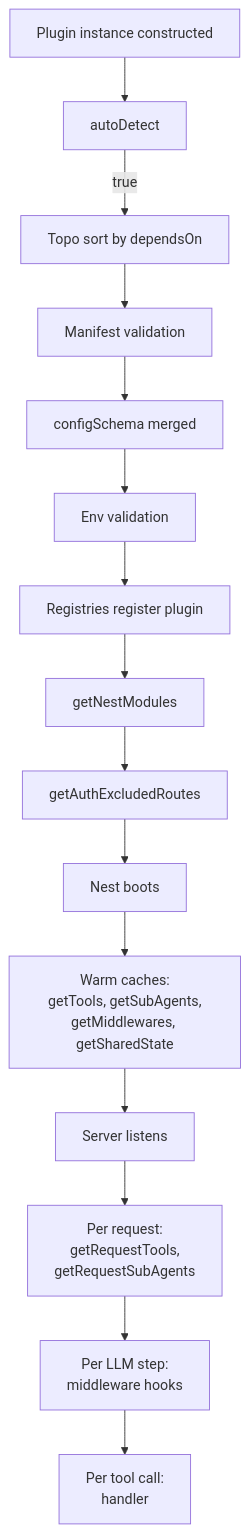
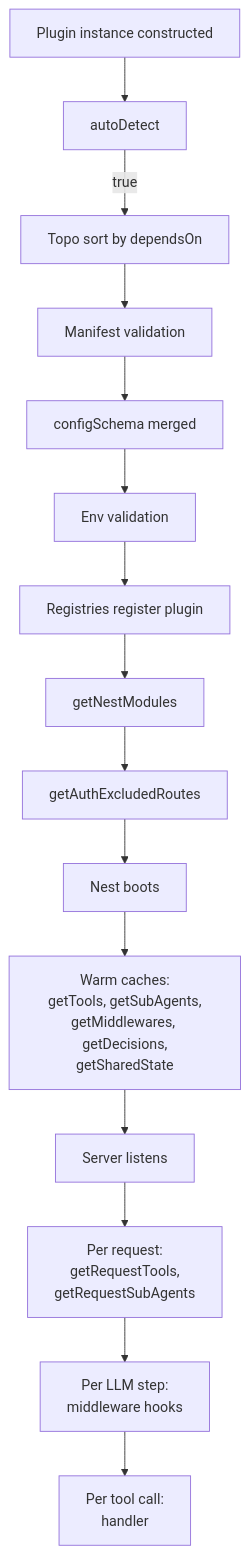
Before and after one commit to ixoworld/qiforge: the diagram in docs/architecture/plugin-lifecycle.md, drawn with Mermaid. The commit also changed other lines of this file and 106 other files, not shown here.

````diff
--- a/docs/architecture/plugin-lifecycle.md
+++ b/docs/architecture/plugin-lifecycle.md
@@ -76,18 +77,18 @@
 ```mermaid
 graph TD
     A[Plugin instance constructed] --> B[autoDetect]
     B -->|true| C[Topo sort by dependsOn]
     C --> D[Manifest validation]
     D --> E[configSchema merged]
     E --> F[Env validation]
     F --> G[Registries register plugin]
     G --> H[getNestModules]
     H --> I[getAuthExcludedRoutes]
     I --> J[Nest boots]
-    J --> K[Warm caches:<br/>getTools, getSubAgents,<br/>getMiddlewares, getSharedState]
+    J --> K[Warm caches:<br/>getTools, getSubAgents,<br/>getMiddlewares, getDecisions,<br/>getSharedState]
     K --> L[Server listens]
 
     L --> M[Per request:<br/>getRequestTools,<br/>getRequestSubAgents]
     M --> N[Per LLM step:<br/>middleware hooks]
     N --> O[Per tool call:<br/>handler]
 ```
````
